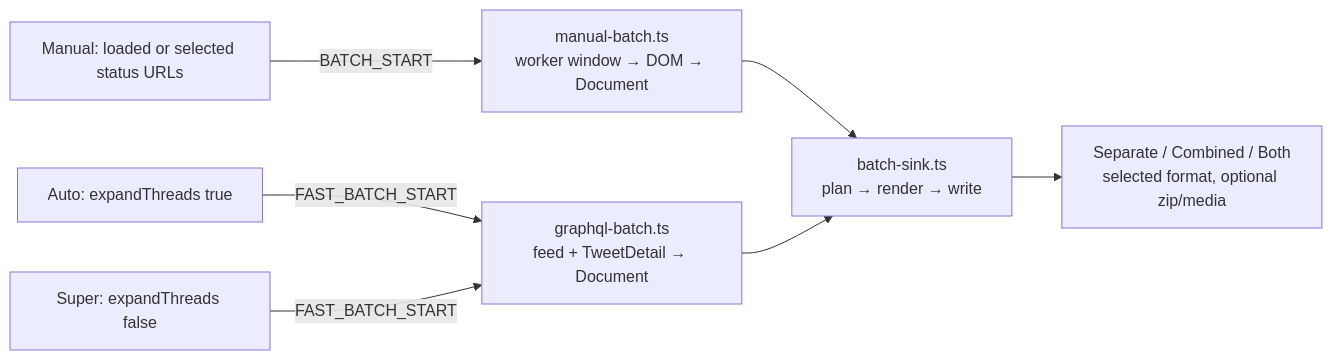
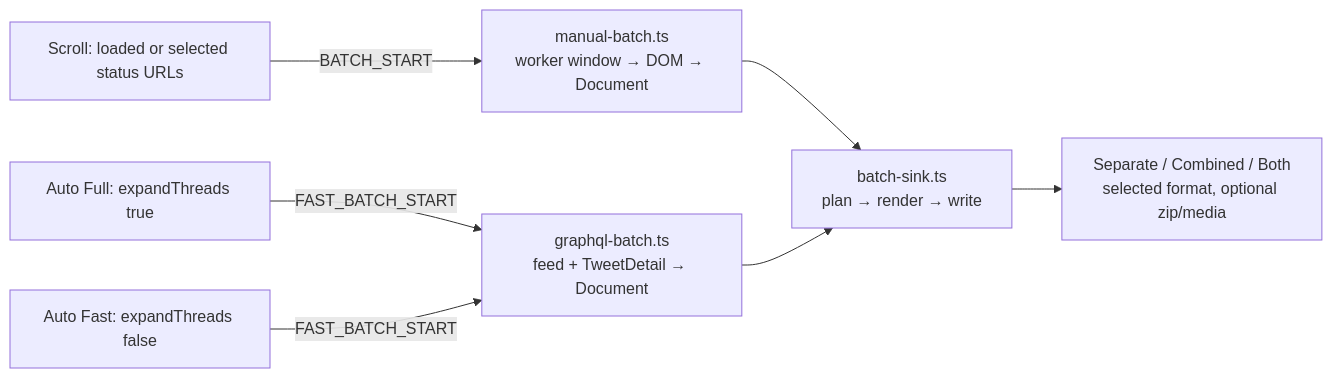
The sixth of 6 diagrams in docs/architecture.md (zendegani/XClipper), drawn with Mermaid before and after one commit. The commit also changed other lines of this file and 34 other files, not shown here.

````diff
--- a/docs/architecture.md
+++ b/docs/architecture.md
@@ -175,9 +175,9 @@
 ```mermaid
 flowchart LR
-  Manual["Manual: loaded or selected status URLs"] -->|BATCH_START| DOM["manual-batch.ts<br/>worker window → DOM → Document"]
-  Auto["Auto: expandThreads true"] -->|FAST_BATCH_START| GQL["graphql-batch.ts<br/>feed + TweetDetail → Document"]
-  Super["Super: expandThreads false"] -->|FAST_BATCH_START| GQL
+  Scroll["Scroll: loaded or selected status URLs"] -->|BATCH_START| DOM["manual-batch.ts<br/>worker window → DOM → Document"]
+  AutoFull["Auto Full: expandThreads true"] -->|FAST_BATCH_START| GQL["graphql-batch.ts<br/>feed + TweetDetail → Document"]
+  AutoFast["Auto Fast: expandThreads false"] -->|FAST_BATCH_START| GQL
   DOM --> Sink["batch-sink.ts<br/>plan → render → write"]
   GQL --> Sink
   Sink --> Files["Separate / Combined / Both<br/>selected format, optional zip/media"]
 ```
````
